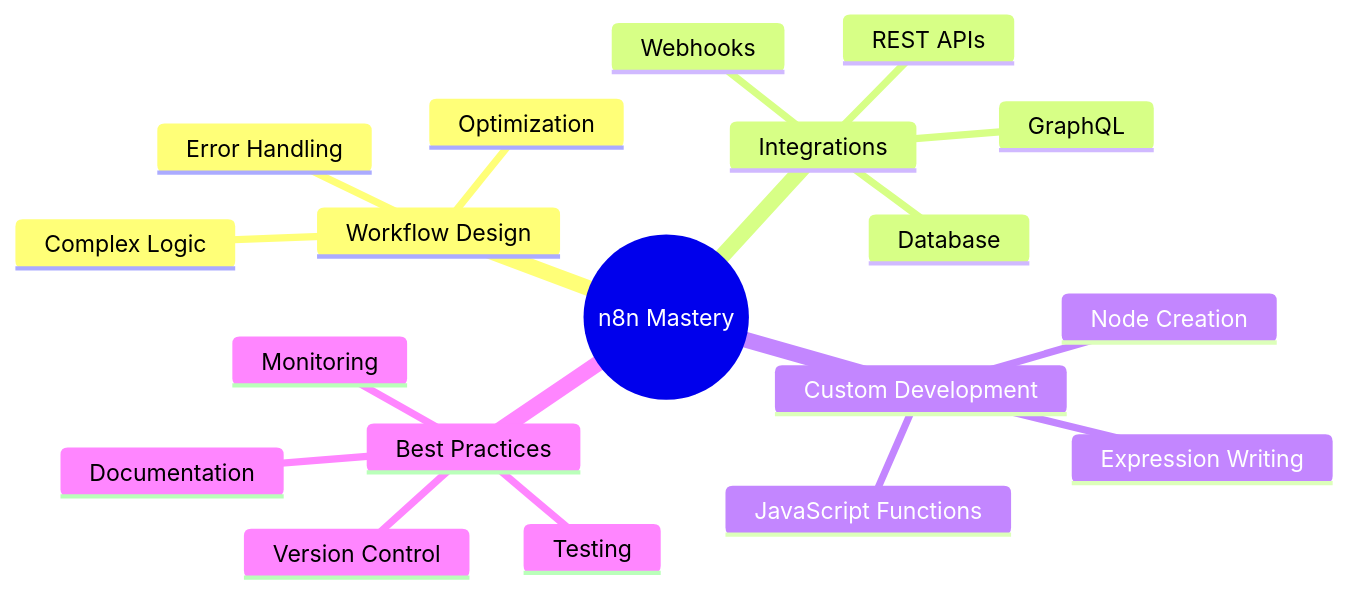
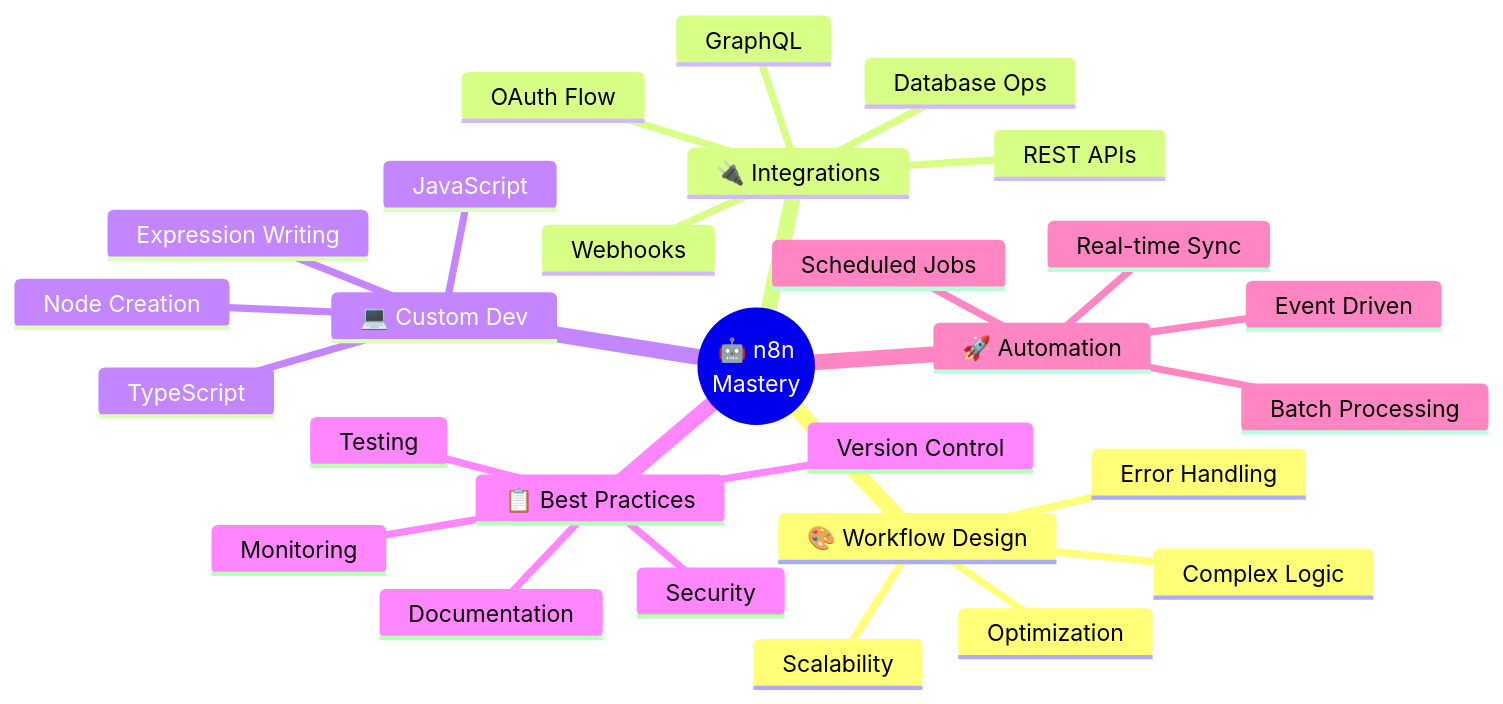
One commit to urge/urge changed the diagram in README.md. Above: the diagram before and after it, drawn with Mermaid. The commit also changed other lines of this file, not shown here.

````diff
--- a/README.md
+++ b/README.md
@@ -200,22 +405,31 @@
 ```mermaid
 mindmap
-  root((n8n Mastery))
-    Workflow Design
+  root((🤖 n8n<br/>Mastery))
+    🎨 Workflow Design
       Complex Logic
       Error Handling
       Optimization
-    Integrations
+      Scalability
+    🔌 Integrations
       REST APIs
       GraphQL
       Webhooks
-      Database
-    Custom Development
+      Database Ops
+      OAuth Flow
+    💻 Custom Dev
       Node Creation
-      JavaScript Functions
+      JavaScript
+      TypeScript
       Expression Writing
-    Best Practices
+    📋 Best Practices
       Version Control
       Documentation
       Testing
       Monitoring
+      Security
+    🚀 Automation
+      Event Driven
+      Scheduled Jobs
+      Real-time Sync
+      Batch Processing
 ```
````
